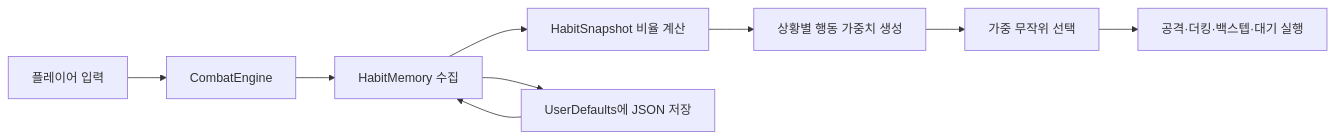
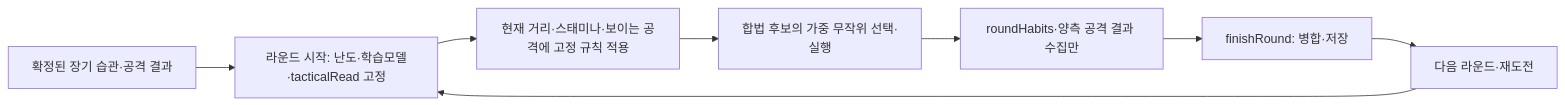
The diagram in ios-pixel-boxing/AI_USAGE.md (acertainromance401/GAME), drawn with Mermaid before and after one commit. The commit also changed other lines of this file and 221 other files, not shown here.

````diff
--- a/ios-pixel-boxing/AI_USAGE.md
+++ b/ios-pixel-boxing/AI_USAGE.md
@@ -36,11 +48,10 @@
 ```mermaid
 flowchart LR
-    A[플레이어 입력] --> B[CombatEngine]
-    B --> C[HabitMemory 수집]
-    C --> D[HabitSnapshot 비율 계산]
-    D --> E[상황별 행동 가중치 생성]
-    E --> F[가중 무작위 선택]
-    F --> G[공격·더킹·백스텝·대기 실행]
-    C --> H[UserDefaults에 JSON 저장]
-    H --> C
+   A[확정된 장기 습관·공격 결과] --> B[라운드 시작: 난도·학습모델·tacticalRead 고정]
+   B --> C[현재 거리·스태미나·보이는 공격에 고정 규칙 적용]
+   C --> D[합법 후보의 가중 무작위 선택·실행]
+   D --> E[roundHabits·양측 공격 결과 수집만]
+   E --> F[finishRound: 병합·저장]
+   F --> G[다음 라운드·재도전]
+   G --> B
 ```
````
